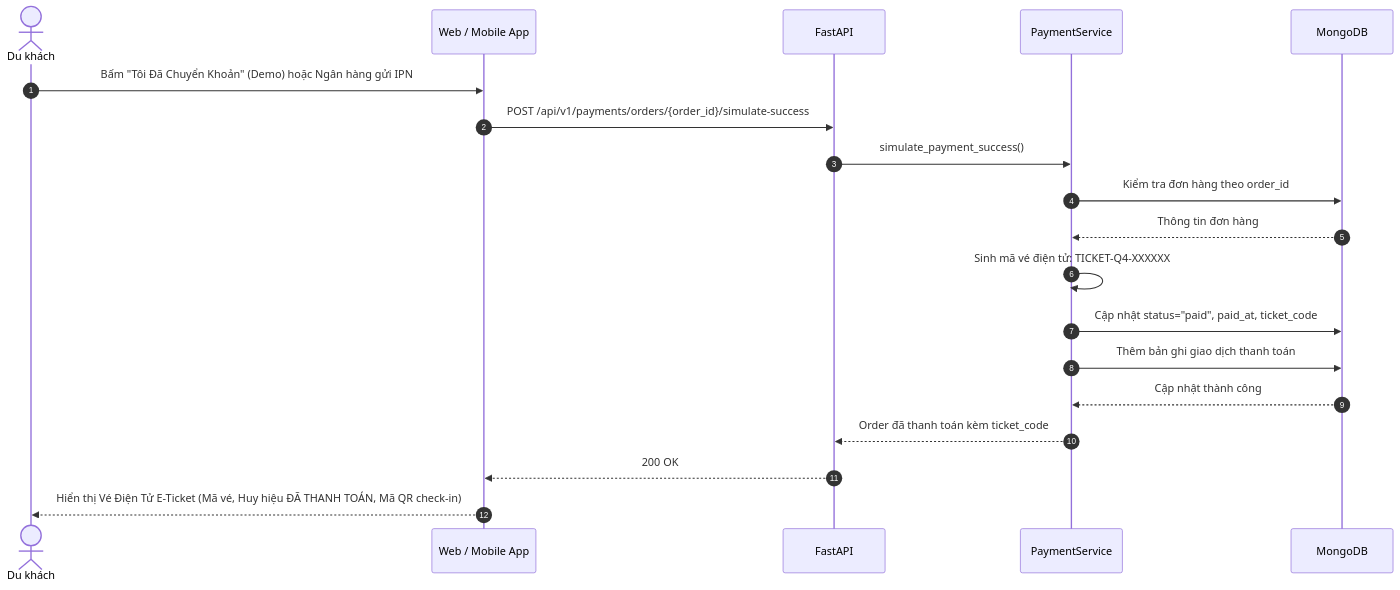
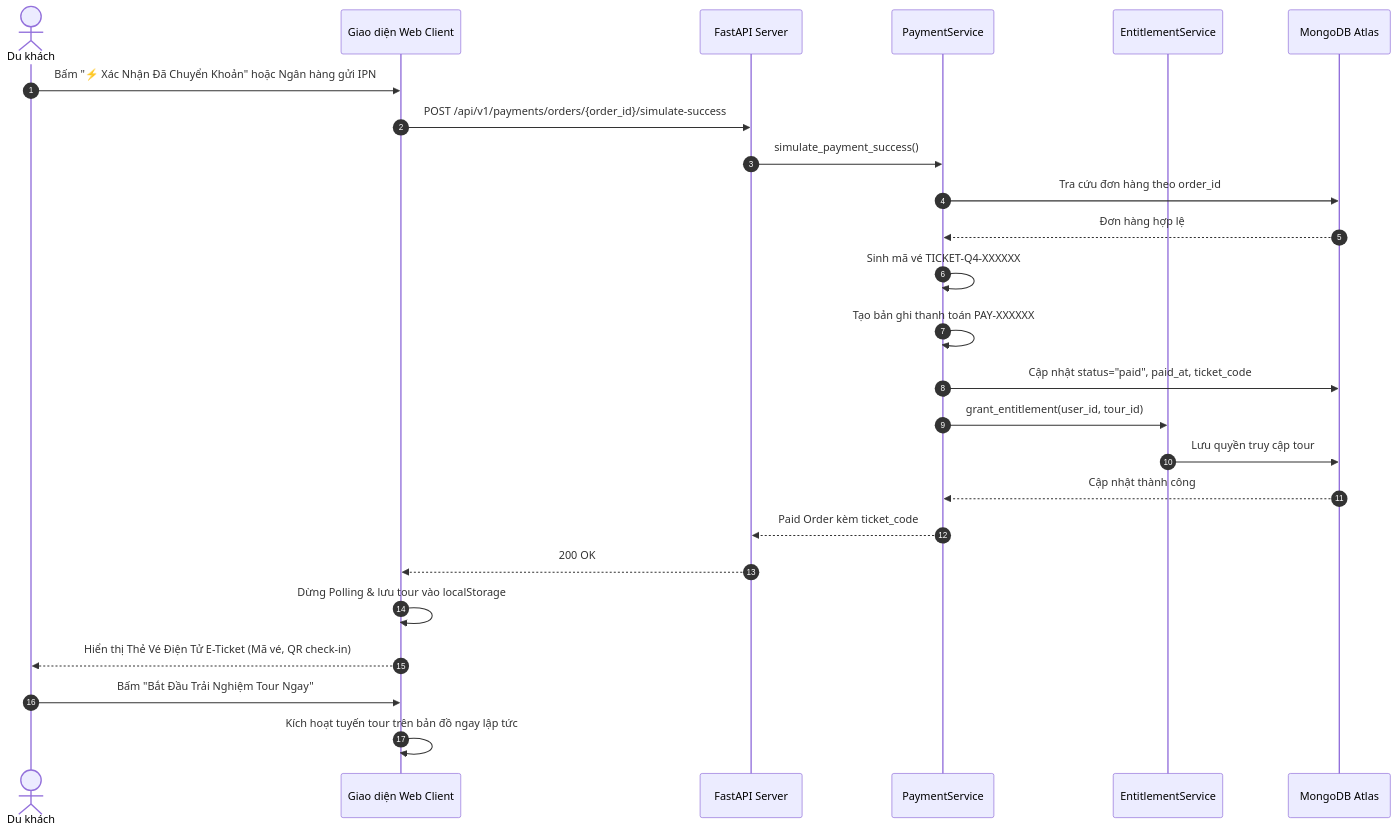
Before and after one commit to xuandang0405/seminarchuyende: the diagram in quan4_sequence_diagrams/mermaid/20_xac_nhan_va_cap_ve.mmd, drawn with Mermaid. The commit also changed 274 other files, not shown here.

Commit message:
feat: finalize TourVoice web app and deployment

```diff
--- a/quan4_sequence_diagrams/mermaid/20_xac_nhan_va_cap_ve.mmd
+++ b/quan4_sequence_diagrams/mermaid/20_xac_nhan_va_cap_ve.mmd
@@ -1,21 +1,27 @@
-%% SD20 - Xác nhận thanh toán và cấp vé điện tử
+%% SD20 - Xử lý xác nhận thanh toán và cấp vé điện tử E-Ticket
 sequenceDiagram
     autonumber
     actor User as Du khách
-    participant App as Web / Mobile App
-    participant API as FastAPI
+    participant App as Giao diện Web Client
+    participant API as FastAPI Server
     participant Service as PaymentService
-    participant DB as MongoDB
+    participant Entitlement as EntitlementService
+    participant DB as MongoDB Atlas
 
-    User->>App: Bấm "Tôi Đã Chuyển Khoản" (Demo) hoặc Ngân hàng gửi IPN
+    User->>App: Bấm "⚡ Xác Nhận Đã Chuyển Khoản" hoặc Ngân hàng gửi IPN
     App->>API: POST /api/v1/payments/orders/{order_id}/simulate-success
     API->>Service: simulate_payment_success()
-    Service->>DB: Kiểm tra đơn hàng theo order_id
-    DB-->>Service: Thông tin đơn hàng
-    Service->>Service: Sinh mã vé điện tử: TICKET-Q4-XXXXXX
+    Service->>DB: Tra cứu đơn hàng theo order_id
+    DB-->>Service: Đơn hàng hợp lệ
+    Service->>Service: Sinh mã vé TICKET-Q4-XXXXXX
+    Service->>Service: Tạo bản ghi thanh toán PAY-XXXXXX
     Service->>DB: Cập nhật status="paid", paid_at, ticket_code
-    Service->>DB: Thêm bản ghi giao dịch thanh toán
+    Service->>Entitlement: grant_entitlement(user_id, tour_id)
+    Entitlement->>DB: Lưu quyền truy cập tour
     DB-->>Service: Cập nhật thành công
-    Service-->>API: Order đã thanh toán kèm ticket_code
+    Service-->>API: Paid Order kèm ticket_code
     API-->>App: 200 OK
-    App-->>User: Hiển thị Vé Điện Tử E-Ticket (Mã vé, Huy hiệu ĐÃ THANH TOÁN, Mã QR check-in)
+    App->>App: Dừng Polling & lưu tour vào localStorage
+    App-->>User: Hiển thị Thẻ Vé Điện Tử E-Ticket (Mã vé, QR check-in)
+    User->>App: Bấm "Bắt Đầu Trải Nghiệm Tour Ngay"
+    App->>App: Kích hoạt tuyến tour trên bản đồ ngay lập tức
```
